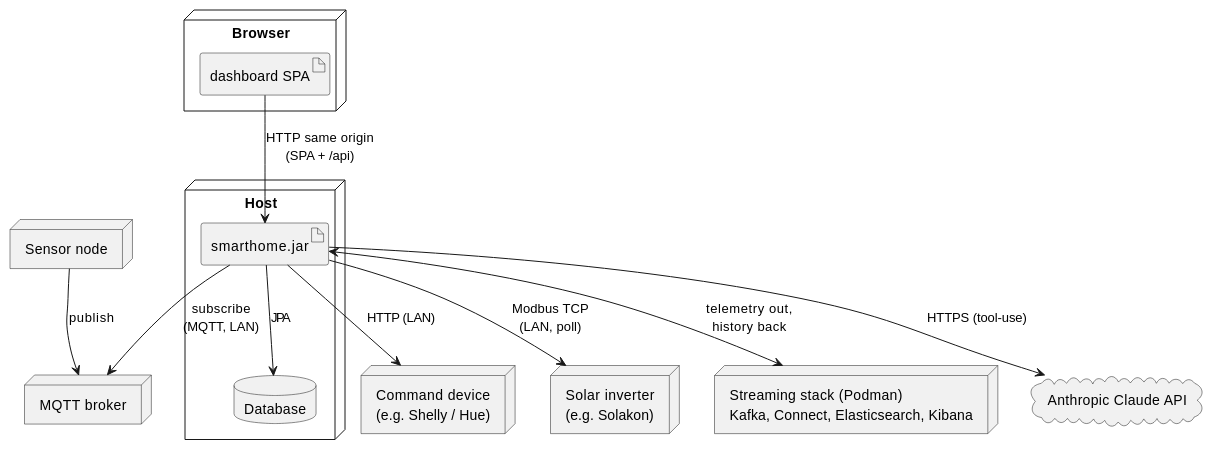
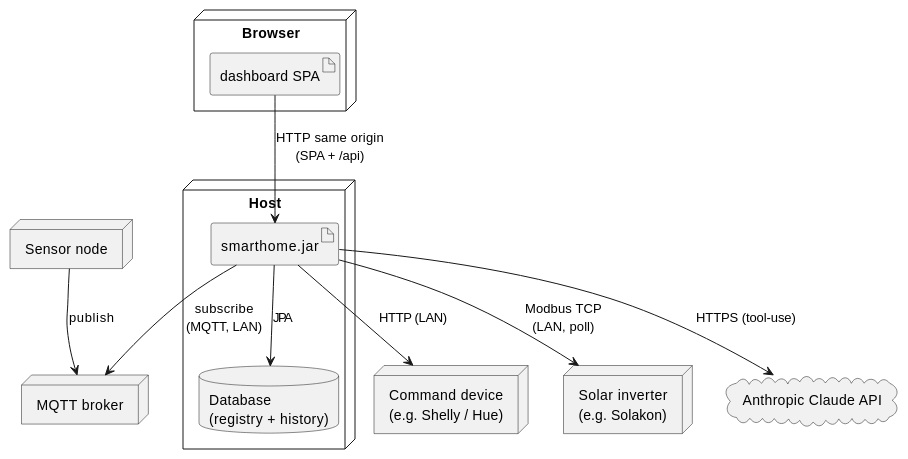
Before and after one commit to FelixGeisler/SmartHome: the diagram in docs/modules/ROOT/pages/07-deployment-view.adoc, drawn with PlantUML. The commit also changed other lines of this file and 44 other files, not shown here.

Commit message:
#66 Embed sensor history in the hub database and remove the Kafka and Elasticsearch stack

```diff
--- a/docs/modules/ROOT/pages/07-deployment-view.adoc
+++ b/docs/modules/ROOT/pages/07-deployment-view.adoc
@@ -8,28 +8,26 @@
 [plantuml,deployment,svg]
 ----
 @startuml
 skinparam componentStyle rectangle
 node "Browser" {
   artifact "dashboard SPA" as spa
 }
 node "Host" {
   artifact "smarthome.jar" as app
-  database "Database" as db
+  database "Database\n(registry + history)" as db
 }
 node "Command device\n(e.g. Shelly / Hue)" as plug
 node "Sensor node" as sensor
 node "MQTT broker" as broker
 node "Solar inverter\n(e.g. Solakon)" as inverter
-node "Streaming stack (Podman)\nKafka, Connect, Elasticsearch, Kibana" as stack
 cloud "Anthropic Claude API" as claude
 
 app --> db : JPA
 spa --> app : HTTP same origin\n(SPA + /api)
 app --> plug : HTTP (LAN)
 app --> inverter : Modbus TCP\n(LAN, poll)
 sensor --> broker : publish
 app --> broker : subscribe\n(MQTT, LAN)
-app <--> stack : telemetry out,\nhistory back
 app --> claude : HTTPS (tool-use)
 @enduml
 ----
```
